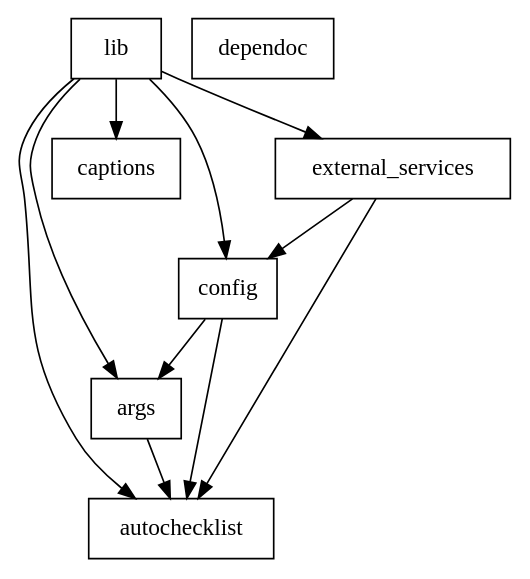
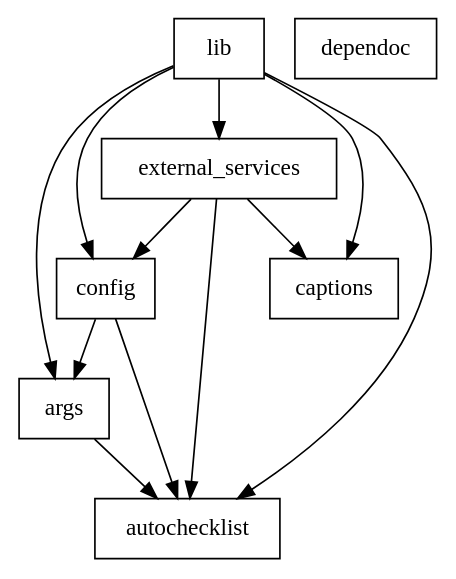
The diagram in scripts/dependoc/dependencies.dot (recc-tech/tech), drawn with Graphviz before and after one commit. The commit also changed 6 other files, not shown here.

```diff
--- a/scripts/dependoc/dependencies.dot
+++ b/scripts/dependoc/dependencies.dot
@@ -1,16 +1,16 @@
 digraph G {
     "args" [shape="rect"];
     "args" -> {"autochecklist"};
     "autochecklist" [shape="rect"];
     "autochecklist" -> {};
     "captions" [shape="rect"];
     "captions" -> {};
     "config" [shape="rect"];
     "config" -> {"args", "autochecklist"};
     "dependoc" [shape="rect"];
     "dependoc" -> {};
     "external_services" [shape="rect"];
-    "external_services" -> {"autochecklist", "config"};
+    "external_services" -> {"autochecklist", "captions", "config"};
     "lib" [shape="rect"];
     "lib" -> {"args", "autochecklist", "captions", "config", "external_services"};
 }
```
